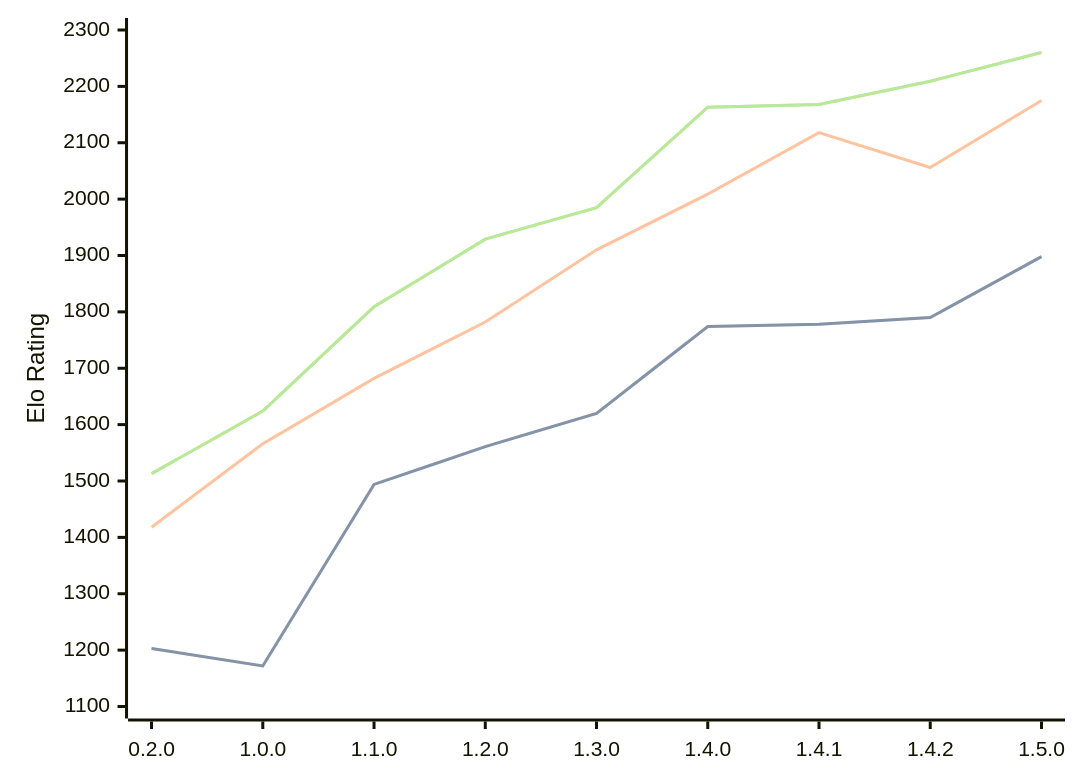
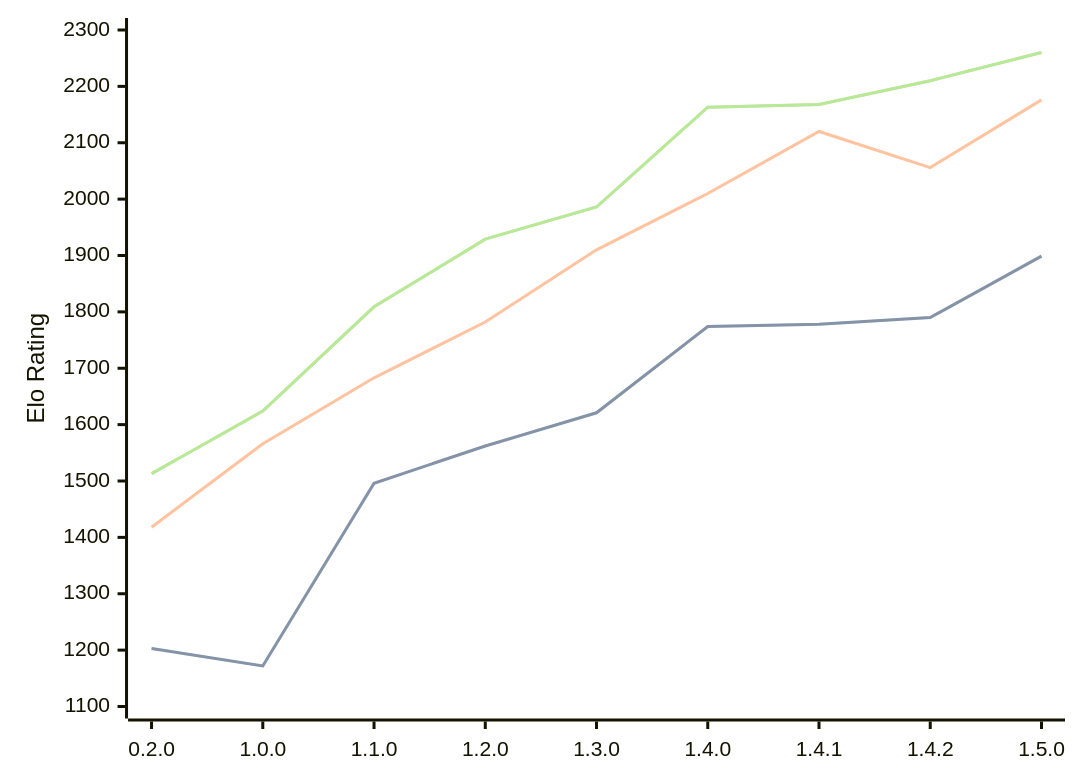
One commit to computer-chess-index/cci changed the diagram in engines/Zeppelin.md. Above: the diagram before and after it, drawn with Mermaid. The commit also changed other lines of this file, not shown here.

Commit message:
Update CCI Ratings (ELO VLTC) - 2026-08-21

````diff
--- a/engines/Zeppelin.md
+++ b/engines/Zeppelin.md
@@ -39,11 +39,11 @@
 ```mermaid
 %%{init: {"theme":"base","themeVariables":{"seriesColors:['#a3a3a3','#222221','#faa371']}}}%%
 xychart-beta
   x-axis ["0.2.0", "1.0.0", "1.1.0", "1.2.0", "1.3.0", "1.4.0", "1.4.1", "1.4.2", "1.5.0"]
   y-axis "Elo Rating" 1100 --> 2300
-  line "STC (8.0+0.08s)" [1203, 1172, 1494, 1561, 1620, 1774, 1778, 1790, 1898]
-  line "STC (8.0+0.08s)" [1203, 1172, 1494, 1561, 1620, 1774, 1778, 1790, 1898]
-  line "LTC (60.0+0.60s)" [1418, 1566, 1682, 1782, 1910, 2009, 2118, 2056, 2175]
-  line "VLTC (2m24s+1.12s)" [1513, 1624, 1809, 1929, 1985, 2163, 2168, 2209, 2260]
-  line "VLTC (2m24s+1.12s)" [1513, 1624, 1809, 1929, 1985, 2163, 2168, 2209, 2260]
+  line "STC (8.0+0.08s)" [1203, 1172, 1496, 1562, 1621, 1774, 1778, 1790, 1899]
+  line "STC (8.0+0.08s)" [1203, 1172, 1496, 1562, 1621, 1774, 1778, 1790, 1899]
+  line "LTC (60.0+0.60s)" [1418, 1566, 1683, 1782, 1910, 2010, 2120, 2056, 2176]
+  line "VLTC (2m24s+1.12s)" [1513, 1624, 1809, 1929, 1986, 2163, 2168, 2210, 2260]
+  line "VLTC (2m24s+1.12s)" [1513, 1624, 1809, 1929, 1986, 2163, 2168, 2210, 2260]
 ```
````
